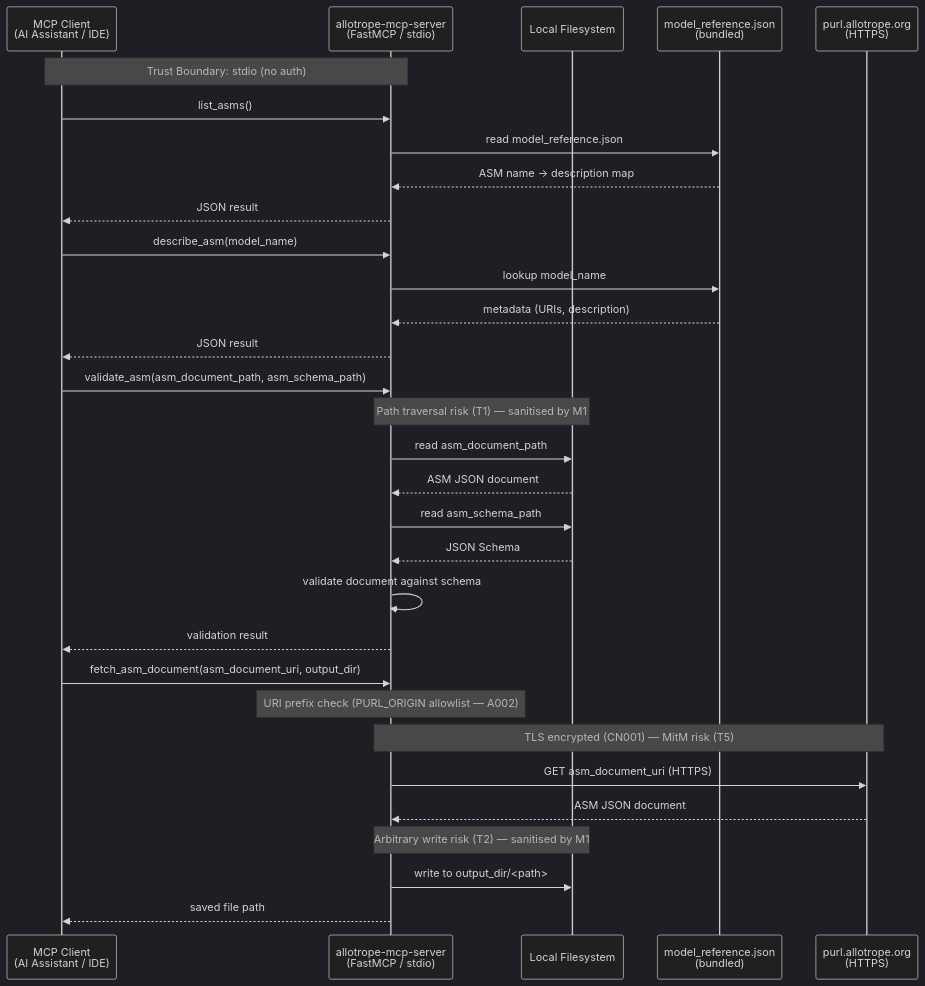
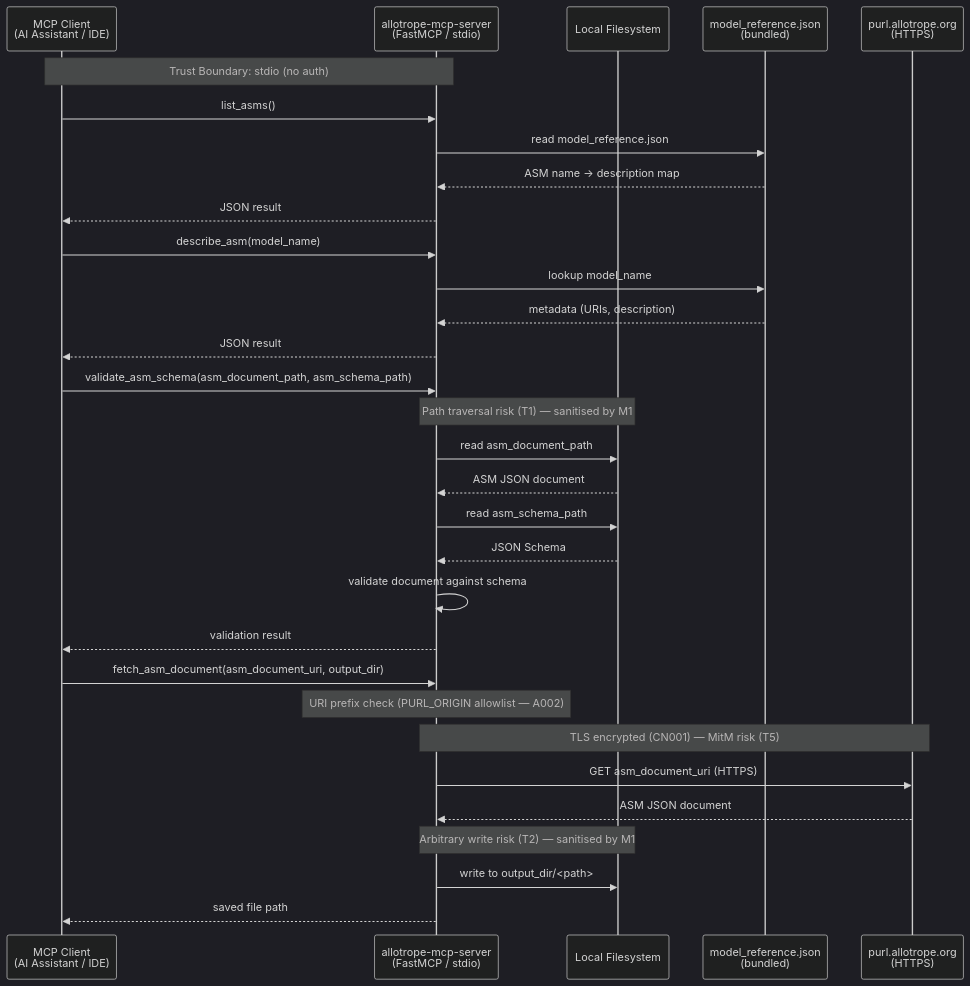
One commit to aws-samples/sample-laboratory-data-transformation-mcp changed the diagram in README.md. Above: the diagram before and after it, drawn with Mermaid (dark theme). The commit also changed other lines of this file and 4 other files, not shown here.

Commit message:
Rename validate_asm tool to validate_asm_schema

````diff
--- a/README.md
+++ b/README.md
@@ -63,38 +63,38 @@
 ```mermaid
 sequenceDiagram
     participant Client as MCP Client<br/>(AI Assistant / IDE)
     participant Server as allotrope-mcp-server<br/>(FastMCP / stdio)
     participant FS as Local Filesystem
     participant Ref as model_reference.json<br/>(bundled)
     participant PURL as purl.allotrope.org<br/>(HTTPS)
 
     Note over Client,Server: Trust Boundary: stdio (no auth)
 
     Client->>Server: list_asms()
     Server->>Ref: read model_reference.json
     Ref-->>Server: ASM name → description map
     Server-->>Client: JSON result
 
     Client->>Server: describe_asm(model_name)
     Server->>Ref: lookup model_name
     Ref-->>Server: metadata (URIs, description)
     Server-->>Client: JSON result
 
-    Client->>Server: validate_asm(asm_document_path, asm_schema_path)
+    Client->>Server: validate_asm_schema(asm_document_path, asm_schema_path)
     Note over Server,FS: Path traversal risk (T1) — sanitised by M1
     Server->>FS: read asm_document_path
     FS-->>Server: ASM JSON document
     Server->>FS: read asm_schema_path
     FS-->>Server: JSON Schema
     Server->>Server: validate document against schema
     Server-->>Client: validation result
 
     Client->>Server: fetch_asm_document(asm_document_uri, output_dir)
     Note over Server: URI prefix check (PURL_ORIGIN allowlist — A002)
     Note over Server,PURL: TLS encrypted (CN001) — MitM risk (T5)
     Server->>PURL: GET asm_document_uri (HTTPS)
     PURL-->>Server: ASM JSON document
     Note over Server,FS: Arbitrary write risk (T2) — sanitised by M1
     Server->>FS: write to output_dir/<path>
     Server-->>Client: saved file path
 ```
````
